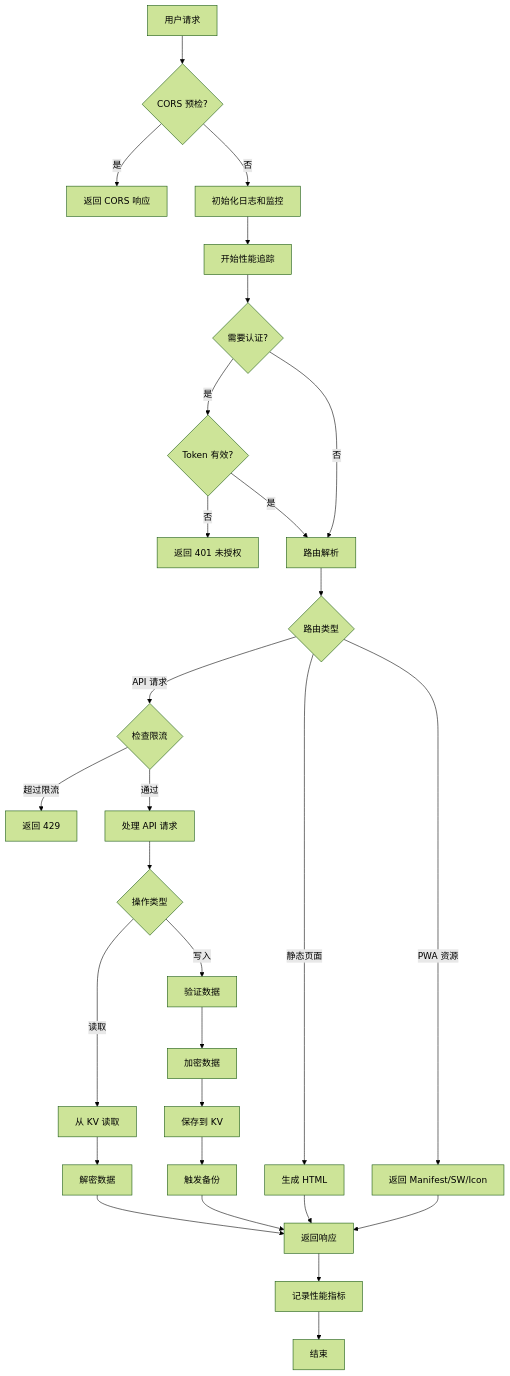
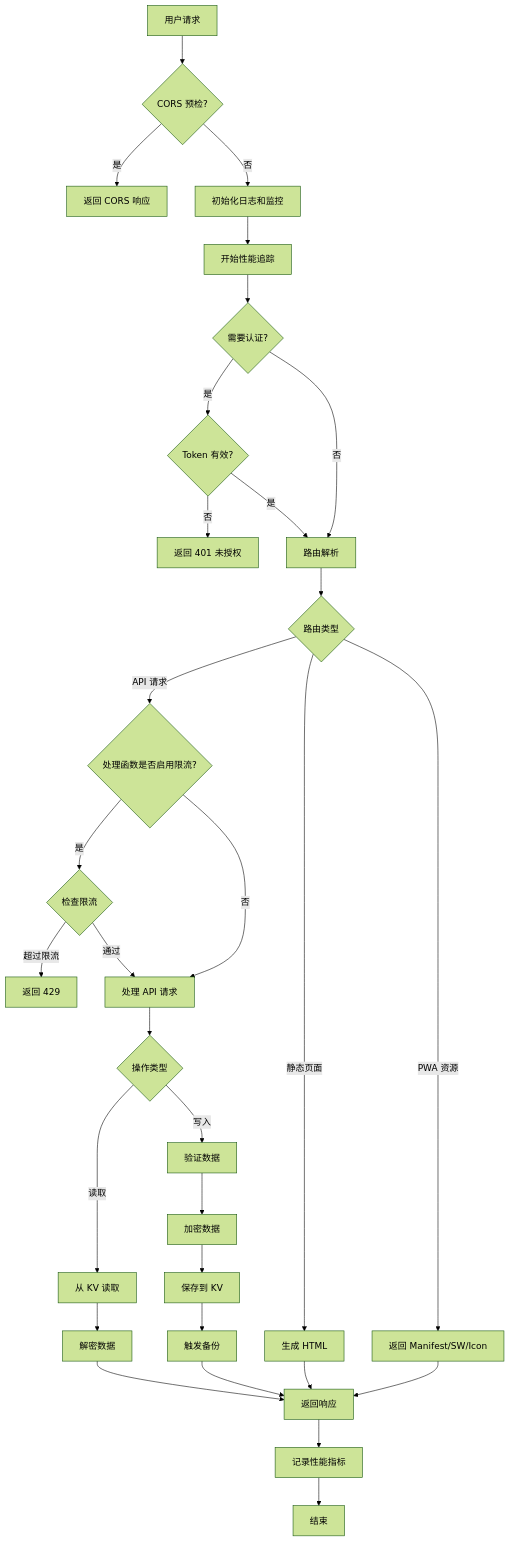
Before and after one commit to wuzf/2fa: the first of 3 diagrams in docs/ARCHITECTURE.md, drawn with Mermaid (forest theme). The commit also changed other lines of this file and 4 other files, not shown here.

````diff
--- a/docs/ARCHITECTURE.md
+++ b/docs/ARCHITECTURE.md
@@ -877,31 +780,33 @@
 ```mermaid
 graph TD
     A[用户请求] --> B{CORS 预检?}
     B -->|是| C[返回 CORS 响应]
     B -->|否| D[初始化日志和监控]
     D --> E[开始性能追踪]
     E --> F{需要认证?}
     F -->|是| G{Token 有效?}
     G -->|否| H[返回 401 未授权]
     G -->|是| I[路由解析]
     F -->|否| I
     I --> J{路由类型}
     J -->|静态页面| K[生成 HTML]
-    J -->|API 请求| L{检查限流}
+    J -->|API 请求| L{处理函数是否启用限流?}
     J -->|PWA 资源| M[返回 Manifest/SW/Icon]
-    L -->|超过限流| N[返回 429]
-    L -->|通过| O[处理 API 请求]
+    L -->|是| L1{检查限流}
+    L1 -->|超过限流| N[返回 429]
+    L1 -->|通过| O[处理 API 请求]
+    L -->|否| O
     O --> P{操作类型}
     P -->|读取| Q[从 KV 读取]
     P -->|写入| R[验证数据]
     Q --> S[解密数据]
     R --> T[加密数据]
     S --> U[返回响应]
     T --> V[保存到 KV]
     V --> W[触发备份]
     W --> U
     K --> U
     M --> U
     U --> X[记录性能指标]
     X --> Y[结束]
 ```
````
